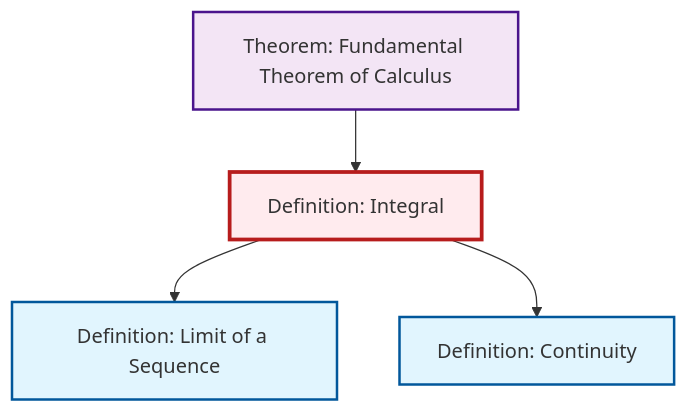
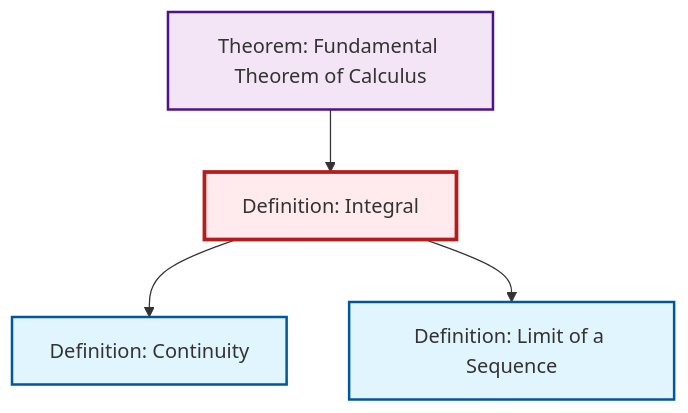
The diagram in content/en/analysis/def-integral.qmd (RK0429/ModernMath), drawn with Mermaid before and after one commit. The commit also changed other lines of this file and 597 other files, not shown here.

````diff
--- a/content/en/analysis/def-integral.qmd
+++ b/content/en/analysis/def-integral.qmd
@@ -81,20 +81,20 @@
 ```{mermaid}
 %%| fig-cap: "Local dependency graph"
 graph TD
     classDef definition fill:#e1f5fe,stroke:#01579b,stroke-width:2px
     classDef theorem fill:#f3e5f5,stroke:#4a148c,stroke-width:2px
     classDef axiom fill:#fff3e0,stroke:#e65100,stroke-width:2px
     classDef example fill:#e8f5e9,stroke:#1b5e20,stroke-width:2px
     classDef current fill:#ffebee,stroke:#b71c1c,stroke-width:3px
+    def-integral["Definition: Integral"]:::definition
     thm-fundamental-calculus["Theorem: Fundamental Theorem of Calculus"]:::theorem
     def-limit["Definition: Limit of a Sequence"]:::definition
-    def-integral["Definition: Integral"]:::definition
     def-continuity["Definition: Continuity"]:::definition
+    thm-fundamental-calculus --> def-integral
+    def-integral --> def-continuity
     def-integral --> def-limit
-    def-integral --> def-continuity
-    thm-fundamental-calculus --> def-integral
     class def-integral current
     click thm-fundamental-calculus "thm-fundamental-calculus.html" "Go to Fundamental Theorem of Calculus theorem"
     click def-limit "def-limit.html" "Go to Limit of a Sequence definition"
     click def-continuity "def-continuity.html" "Go to Continuity definition"
 ```
````
